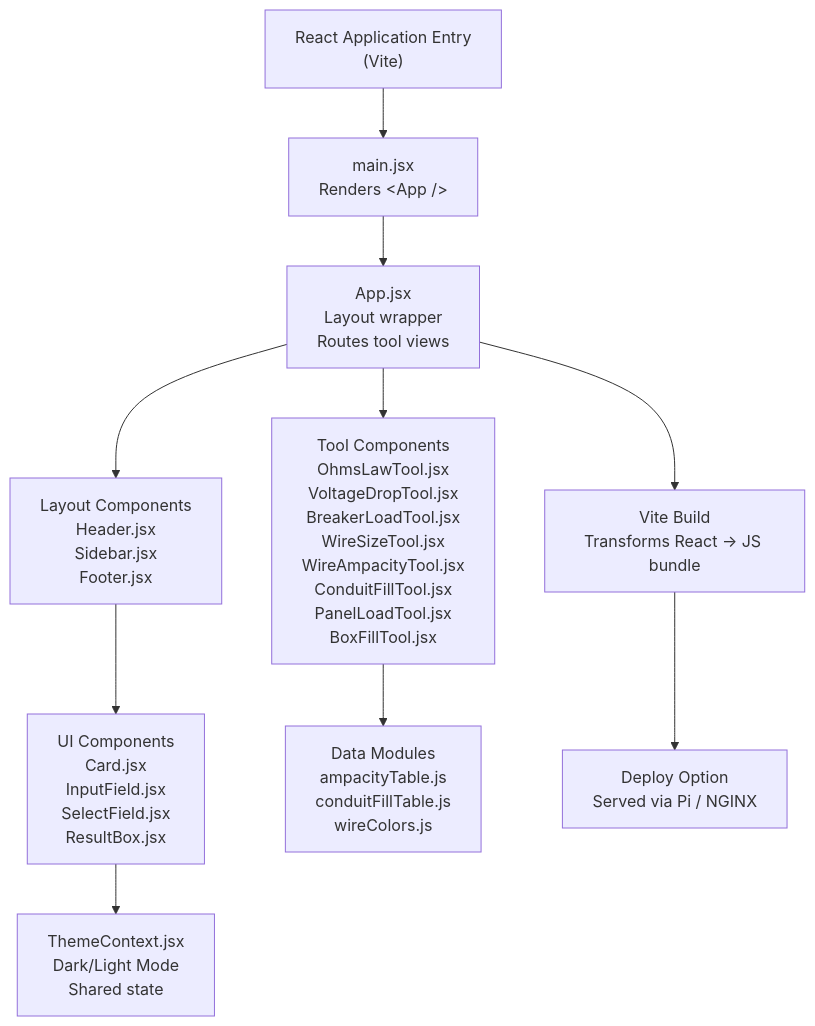
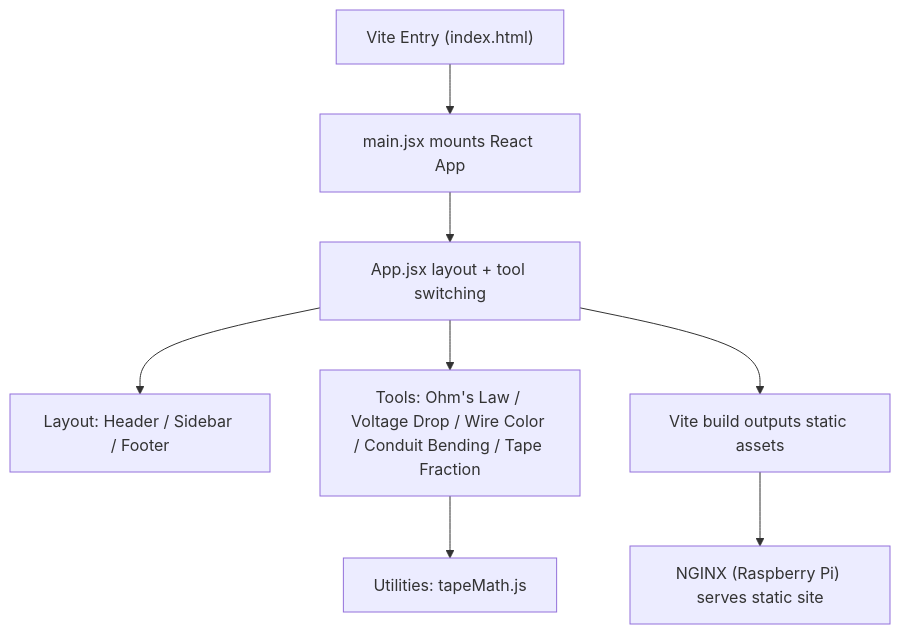
The diagram in README.md (oyong28/electrician-toolkit), drawn with Mermaid before and after one commit. The commit also changed other lines of this file, not shown here.

````diff
--- a/README.md
+++ b/README.md
@@ -15,20 +32,10 @@
-  ```mermaid
+```mermaid
 flowchart TD
-  A["React Application Entry<br/>(Vite)"]
-  B["main.jsx<br/>Renders &lt;App /&gt;"]
-  C["App.jsx<br/>Layout wrapper<br/>Routes tool views"]
-
-  A --> B
-  B --> C
-
-  C --> D["Layout Components<br/>Header.jsx<br/>Sidebar.jsx<br/>Footer.jsx"]
-  C --> E["Tool Components<br/>OhmsLawTool.jsx<br/>VoltageDropTool.jsx<br/>BreakerLoadTool.jsx<br/>WireSizeTool.jsx<br/>WireAmpacityTool.jsx<br/>ConduitFillTool.jsx<br/>PanelLoadTool.jsx<br/>BoxFillTool.jsx"]
-
-  D --> F["UI Components<br/>Card.jsx<br/>InputField.jsx<br/>SelectField.jsx<br/>ResultBox.jsx"]
-  E --> G["Data Modules<br/>ampacityTable.js<br/>conduitFillTable.js<br/>wireColors.js"]
-
-  F --> H["ThemeContext.jsx<br/>Dark/Light Mode<br/>Shared state"]
-
-  C --> I["Vite Build<br/>Transforms React → JS bundle"]
-  I --> J["Deploy Option<br/>Served via Pi / NGINX"]
+  A["Vite Entry (index.html)"] --> B["main.jsx mounts React App"]
+  B --> C["App.jsx layout + tool switching"]
+  C --> D["Layout: Header / Sidebar / Footer"]
+  C --> E["Tools: Ohm's Law / Voltage Drop / Wire Color / Conduit Bending / Tape Fraction"]
+  E --> F["Utilities: tapeMath.js"]
+  C --> G["Vite build outputs static assets"]
+  G --> H["NGINX (Raspberry Pi) serves static site"]
 ```
````
